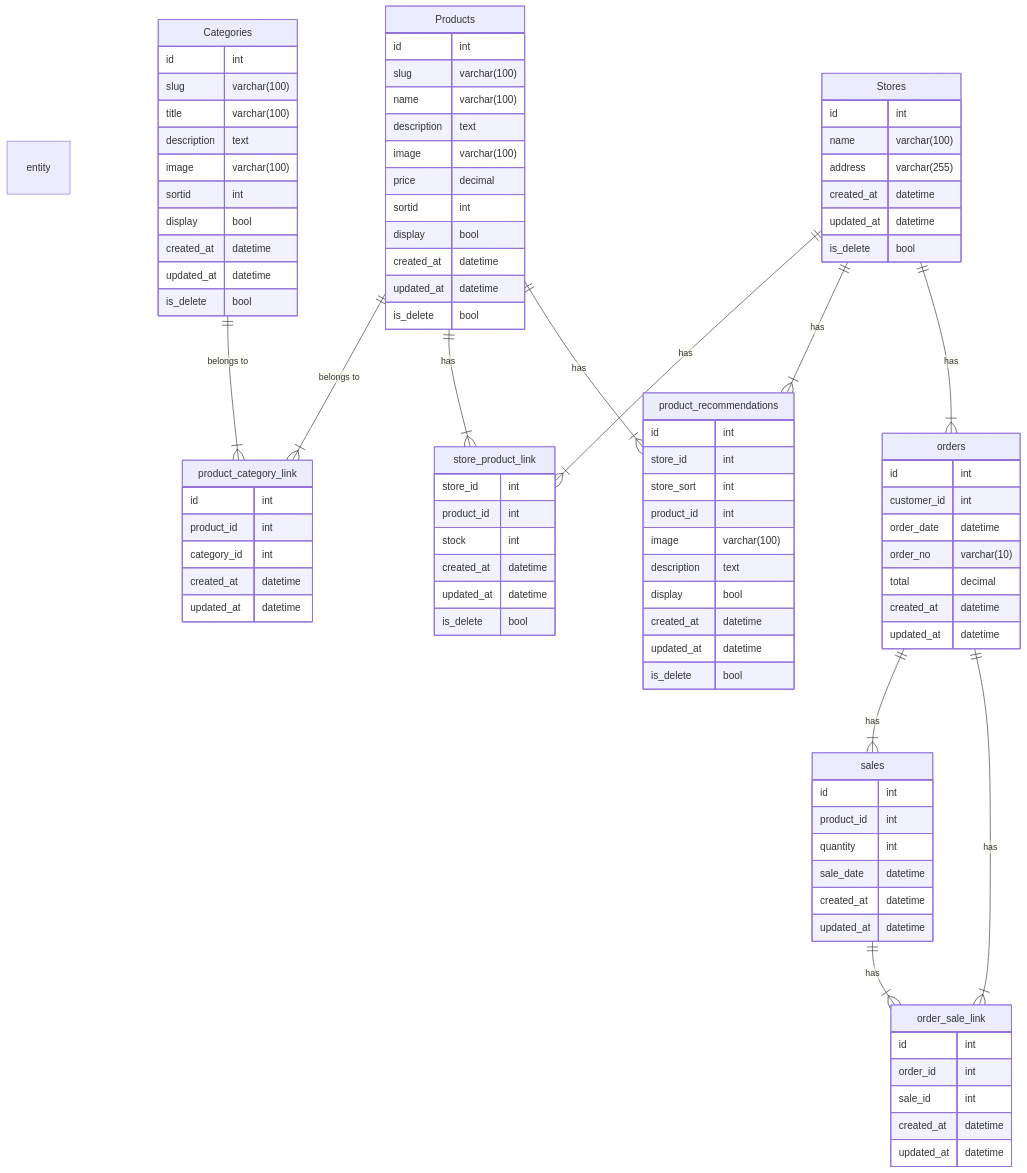
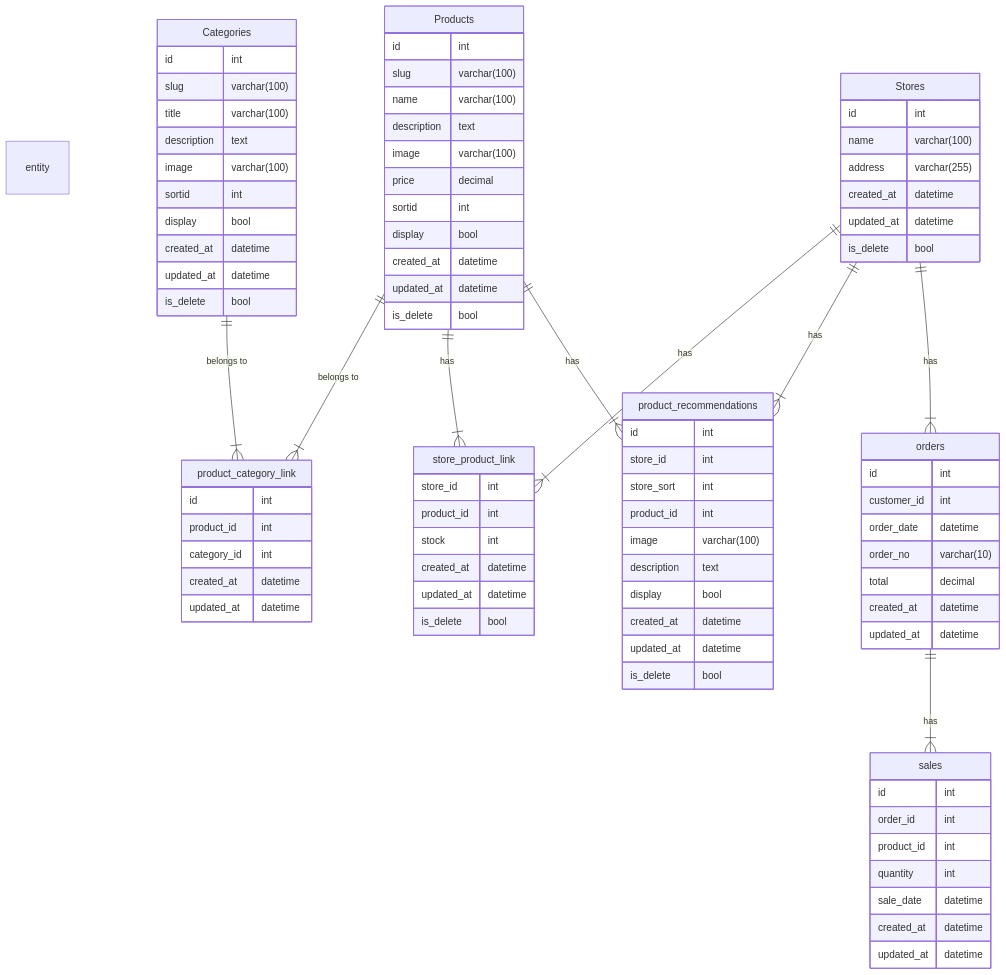
The diagram in src/laravel/webapi/ER.md (moonmile/h2w-traning-2024), drawn with Mermaid before and after one commit. The commit also changed other lines of this file and 3 other files, not shown here.

````diff
--- a/src/laravel/webapi/ER.md
+++ b/src/laravel/webapi/ER.md
@@ -229,17 +219,10 @@
 
     entity "sales" {
         id int
+        order_id int
         product_id int
         quantity int
         sale_date datetime
-        created_at datetime
-        updated_at datetime
-    }
-
-    entity "order_sale_link" {
-        id int
-        order_id int
-        sale_id int
         created_at datetime
         updated_at datetime
     }
@@ -252,7 +235,5 @@
     Products ||--|{ product_recommendations : "has"
     Stores ||--|{ orders : "has"
     orders ||--|{ sales : "has"
-    orders ||--|{ order_sale_link : "has"
-    sales ||--|{ order_sale_link : "has"
 
 ```
````
